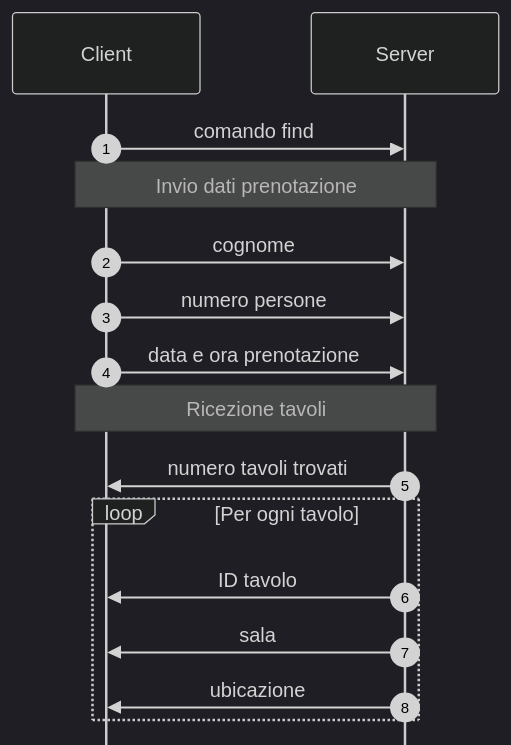
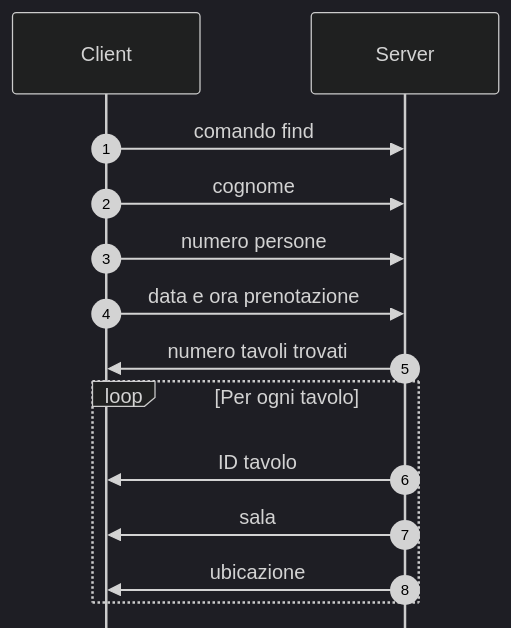
The first of 10 diagrams in README.md (MainKronos/RistorazioneDigitale), drawn with Mermaid (dark theme) before and after one commit. The commit also changed other lines of this file and 1 other file, not shown here.

````diff
--- a/README.md
+++ b/README.md
@@ -39,21 +49,19 @@
 ```mermaid
 %%{init: { "sequence": { "mirrorActors":false }}}%%
 
 sequenceDiagram
 	autonumber
 	participant cl as Client
 	participant sv as Server
 
 	cl->>sv: comando find
-	Note over sv,cl: Invio dati prenotazione
 	cl->>sv: cognome
 	cl->>sv: numero persone
 	cl->>sv: data e ora prenotazione
-	Note over sv,cl: Ricezione tavoli
 	sv->>cl: numero tavoli trovati
 	loop Per ogni tavolo
 		sv->>cl: ID tavolo
 		sv->>cl: sala
 		sv->>cl: ubicazione
 	end
 ```
````
